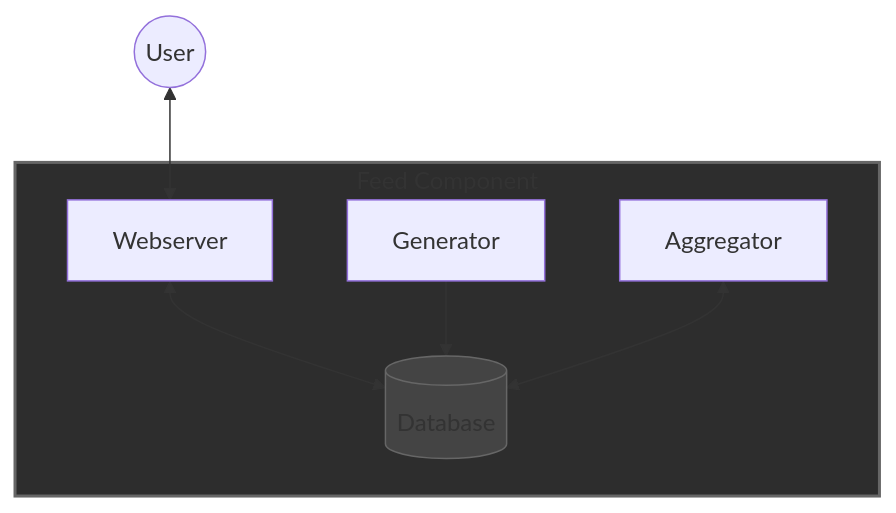
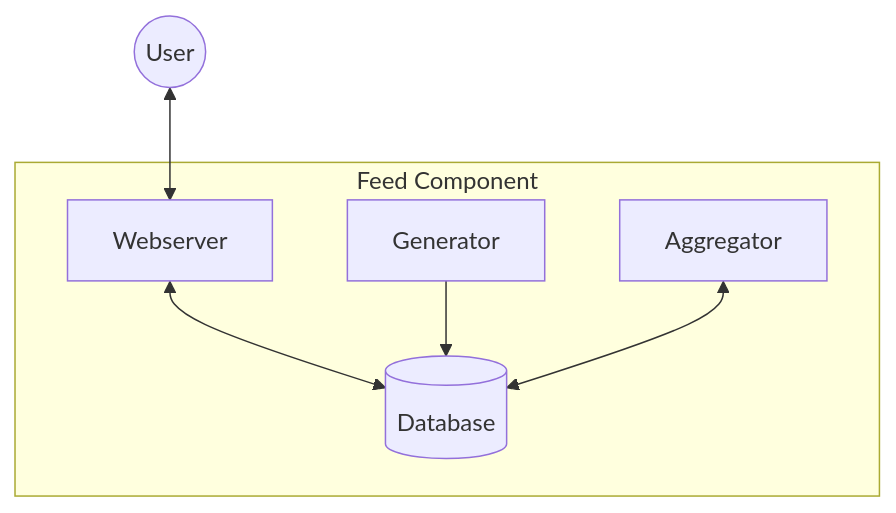
Before and after one commit to Yash-Kavaiya/The-System-Design-Masterclass: the first of 3 diagrams in system design beginner/4. How do you evaluate that you have built a good system.md, drawn with Mermaid. The commit also changed other lines of this file, not shown here.

First line of the commit message:
Remove style definitions from system design diagram

````diff
--- a/system design beginner/4. How do you evaluate that you have built a good system.md
+++ b/system design beginner/4. How do you evaluate that you have built a good system.md
@@ -19,13 +19,11 @@
 ```mermaid
 graph TB
     User((User)) <--> Webserver
     
     subgraph Feed["Feed Component"]
         Webserver <--> Database[(Database)]
         Generator --> Database
         Aggregator <--> Database
     end
     
-    style Feed fill:#2d2d2d,stroke:#666,stroke-width:2px
-    style Database fill:#444,stroke:#666
 ```
````
